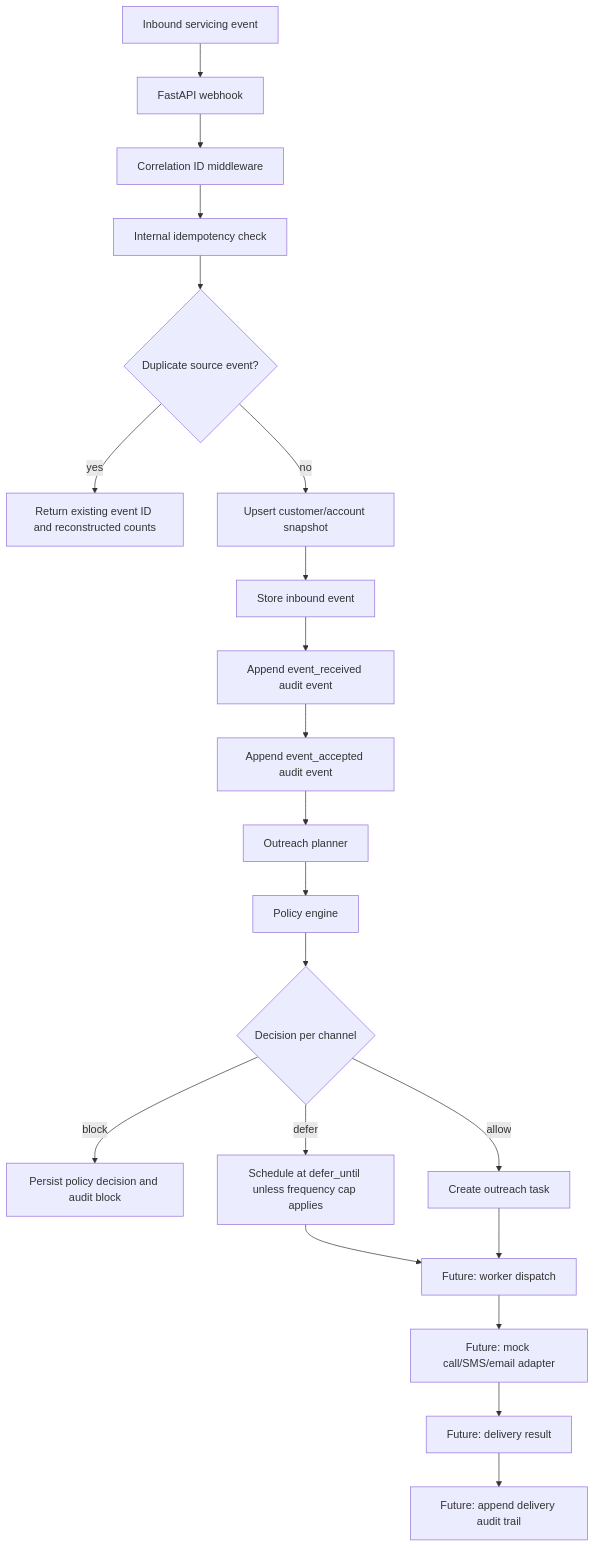
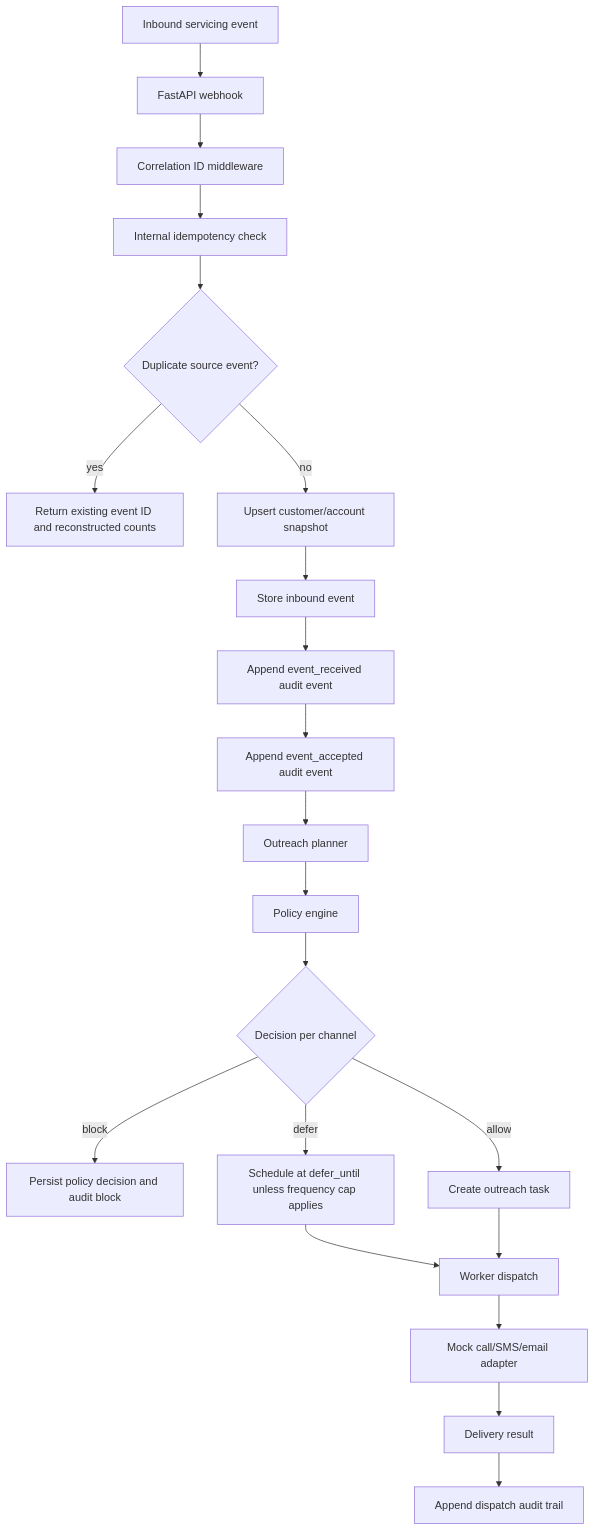
One commit to rafa761/ai-compliance-orquestrator changed the first of 2 diagrams in README.md. Above: the diagram before and after it, drawn with Mermaid. The commit also changed other lines of this file and 15 other files, not shown here.

Commit message:
feat: Implement phase 6 - worker dispatch (#8)

````diff
--- a/README.md
+++ b/README.md
@@ -74,27 +79,27 @@
 ```mermaid
 flowchart TD
     A[Inbound servicing event] --> B[FastAPI webhook]
     B --> C[Correlation ID middleware]
     C --> D[Internal idempotency check]
     D --> E{Duplicate source event?}
 
     E -- yes --> F[Return existing event ID and reconstructed counts]
     E -- no --> G[Upsert customer/account snapshot]
     G --> H[Store inbound event]
     H --> I[Append event_received audit event]
     I --> J[Append event_accepted audit event]
 
     J --> K[Outreach planner]
     K --> L[Policy engine]
     L --> M{Decision per channel}
 
     M -- block --> N[Persist policy decision and audit block]
     M -- defer --> O[Schedule at defer_until unless frequency cap applies]
     M -- allow --> P[Create outreach task]
 
-    O --> Q[Future: worker dispatch]
+    O --> Q[Worker dispatch]
     P --> Q
-    Q --> R[Future: mock call/SMS/email adapter]
-    R --> S[Future: delivery result]
-    S --> T[Future: append delivery audit trail]
+    Q --> R[Mock call/SMS/email adapter]
+    R --> S[Delivery result]
+    S --> T[Append dispatch audit trail]
 ```
````
